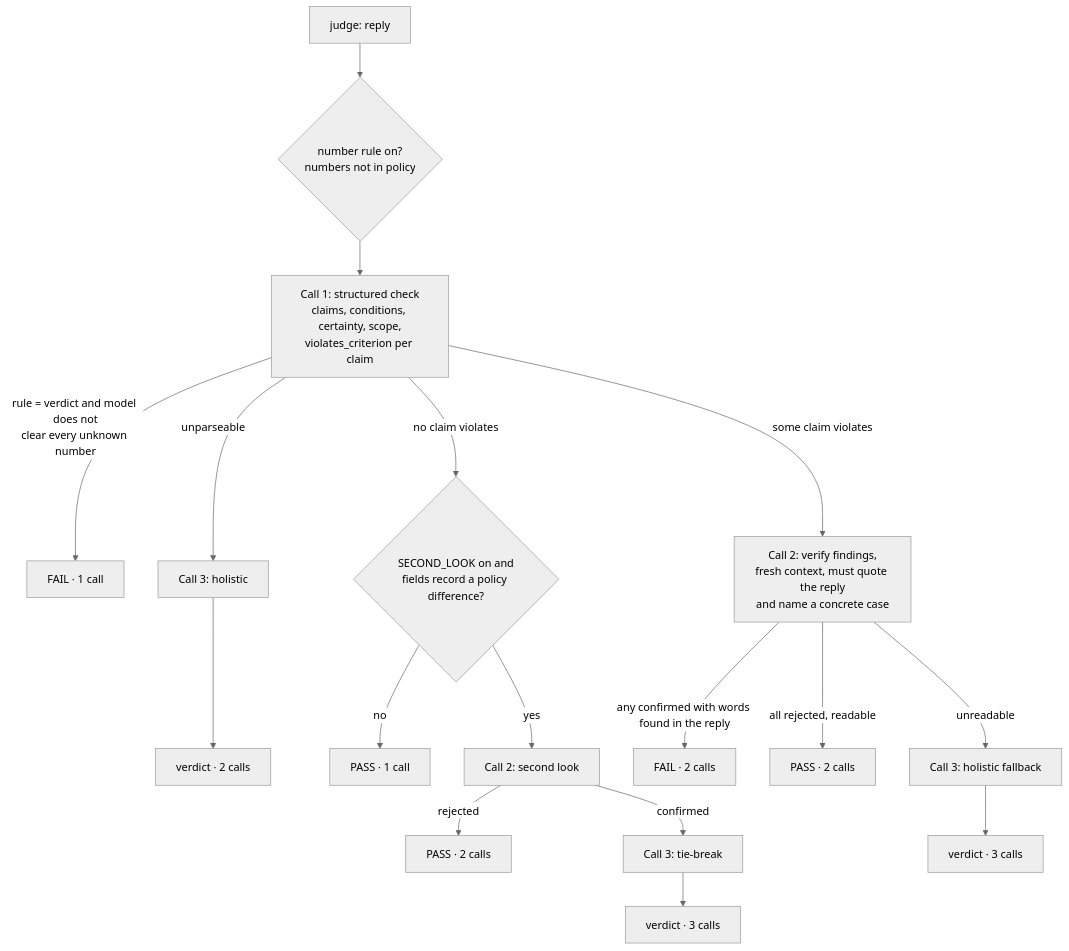
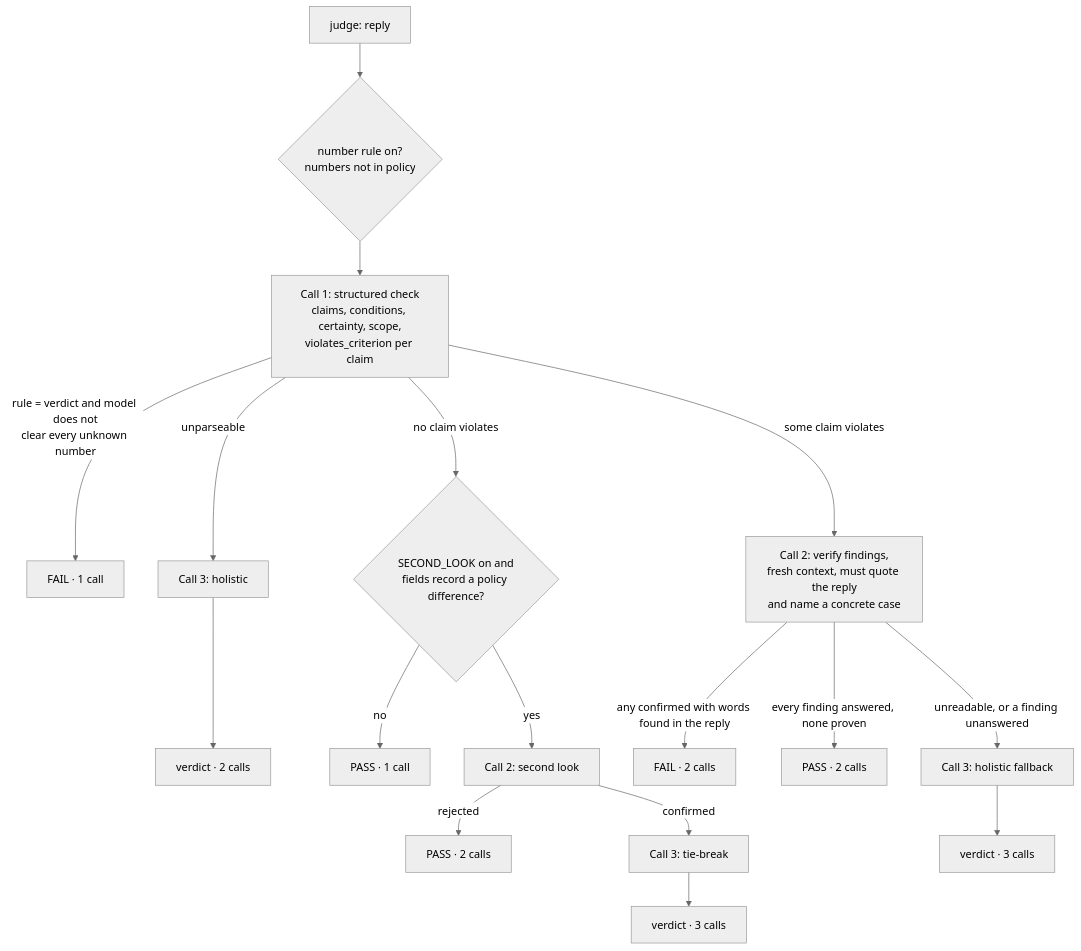
Before and after one commit to divinecodes1/sixt-hackathon: the diagram in Project_3/docs/ARCHITECTURE.md, drawn with Mermaid (neutral theme). The commit also changed other lines of this file and 2 other files, not shown here.

First line of the commit message:
Project 3: audit fixes - docs and comments match the shipped call-3 path

````diff
--- a/Project_3/docs/ARCHITECTURE.md
+++ b/Project_3/docs/ARCHITECTURE.md
@@ -65,15 +65,15 @@
 ```mermaid
 flowchart TD
     A[judge: reply] --> R{number rule on?<br/>numbers not in policy}
     R --> C1[Call 1: structured check<br/>claims, conditions, certainty, scope,<br/>violates_criterion per claim]
     C1 -->|rule = verdict and model does not<br/>clear every unknown number| F1[FAIL · 1 call]
     C1 -->|unparseable| H0[Call 3: holistic] --> V0[verdict · 2 calls]
     C1 -->|no claim violates| SL{SECOND_LOOK on and<br/>fields record a policy difference?}
     SL -->|no| P1[PASS · 1 call]
     SL -->|yes| C2b[Call 2: second look] -->|rejected| P2[PASS · 2 calls]
     C2b -->|confirmed| H1[Call 3: tie-break] --> V1[verdict · 3 calls]
     C1 -->|some claim violates| C2[Call 2: verify findings,<br/>fresh context, must quote the reply<br/>and name a concrete case]
     C2 -->|any confirmed with words found in the reply| F2[FAIL · 2 calls]
-    C2 -->|all rejected, readable| P3[PASS · 2 calls]
-    C2 -->|unreadable| H2[Call 3: holistic fallback] --> V2[verdict · 3 calls]
+    C2 -->|every finding answered, none proven| P3[PASS · 2 calls]
+    C2 -->|unreadable, or a finding unanswered| H2[Call 3: holistic fallback] --> V2[verdict · 3 calls]
 ```
````
